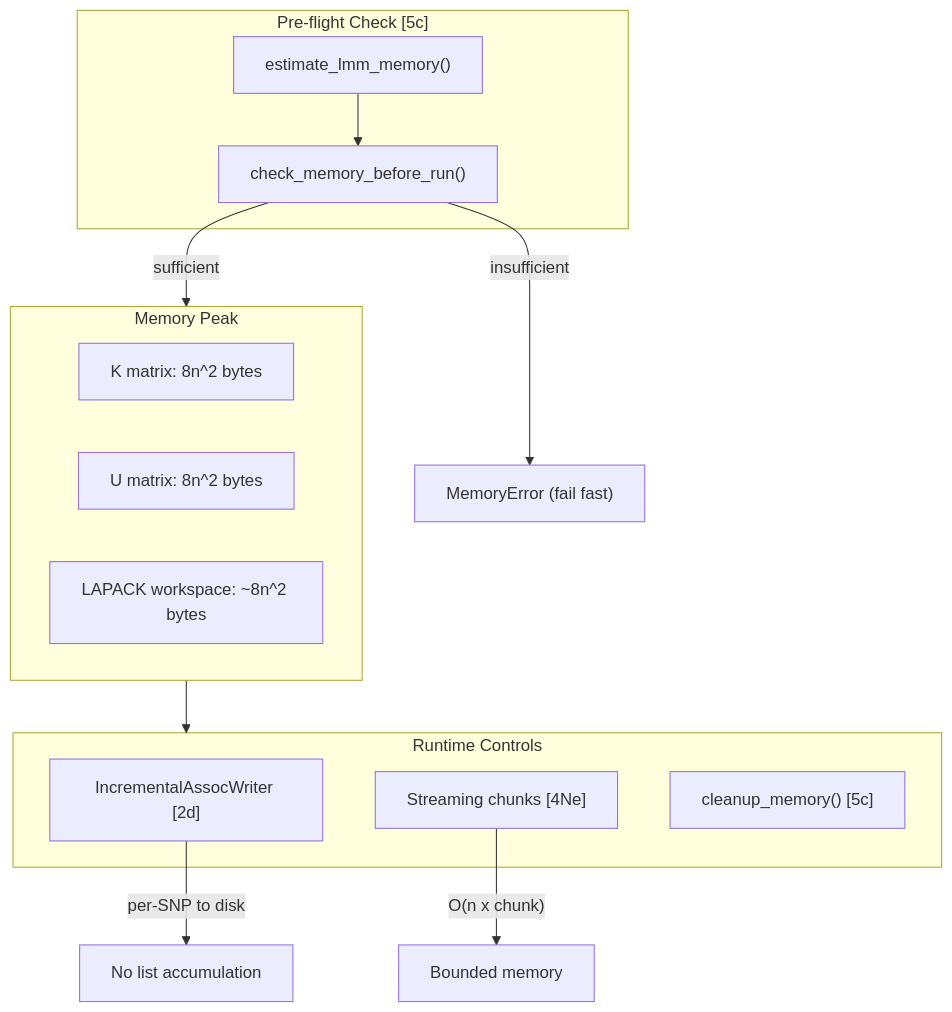
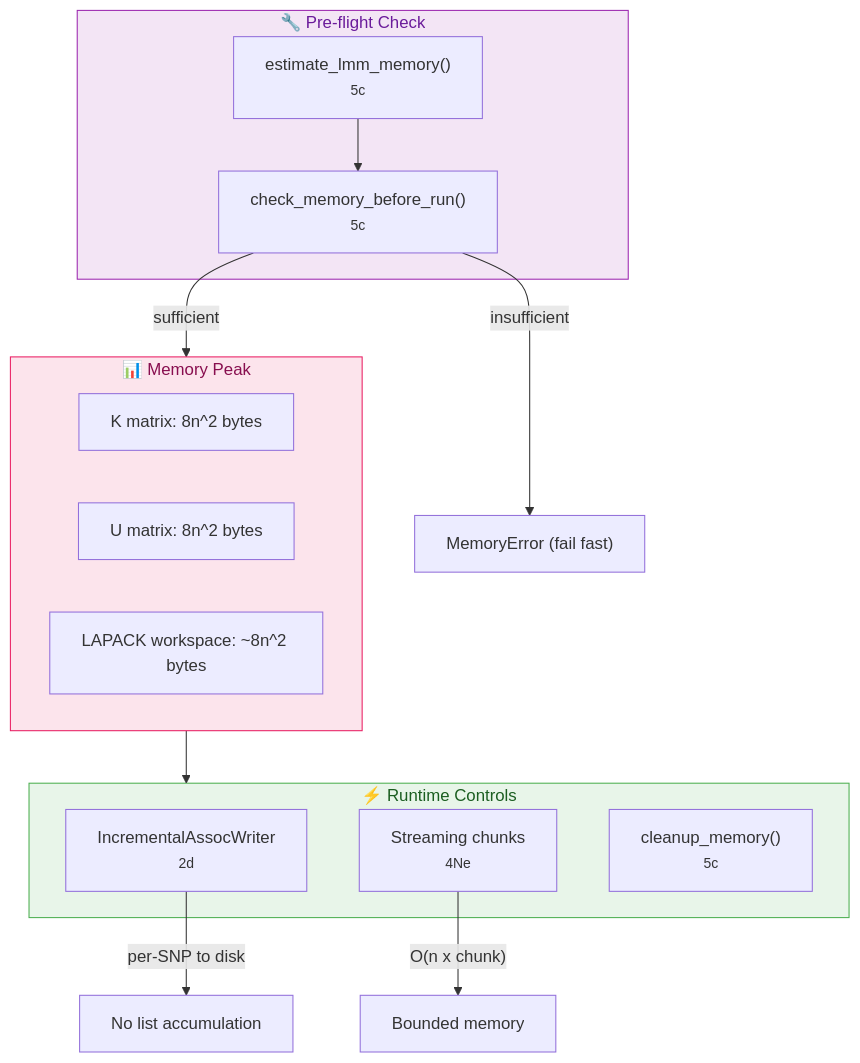
Before and after one commit to michael-denyer/jamma: the fourth of 5 diagrams in docs/CODEMAP.md, drawn with Mermaid. The commit also changed other lines of this file and 3 other files, not shown here.

````diff
--- a/docs/CODEMAP.md
+++ b/docs/CODEMAP.md
@@ -348,26 +384,30 @@
 ```mermaid
 flowchart TD
-    subgraph Preflight["Pre-flight Check [5c]"]
-        EST["estimate_lmm_memory()"]
-        CHK["check_memory_before_run()"]
+    subgraph Preflight["🔧 Pre-flight Check"]
+        EST["estimate_lmm_memory()<br/><small>5c</small>"]
+        CHK["check_memory_before_run()<br/><small>5c</small>"]
     end
 
-    subgraph Peak["Memory Peak"]
+    subgraph Peak["📊 Memory Peak"]
         KM["K matrix: 8n^2 bytes"]
         UM["U matrix: 8n^2 bytes"]
         WS["LAPACK workspace: ~8n^2 bytes"]
     end
 
-    subgraph Runtime["Runtime Controls"]
-        INC["IncrementalAssocWriter [2d]"]
-        STR["Streaming chunks [4Ne]"]
-        CLN["cleanup_memory() [5c]"]
+    subgraph Runtime["⚡ Runtime Controls"]
+        INC["IncrementalAssocWriter<br/><small>2d</small>"]
+        STR["Streaming chunks<br/><small>4Ne</small>"]
+        CLN["cleanup_memory()<br/><small>5c</small>"]
     end
 
     EST --> CHK
     CHK -->|"insufficient"| FAIL["MemoryError (fail fast)"]
     CHK -->|"sufficient"| Peak
     Peak --> Runtime
     INC -->|"per-SNP to disk"| DISK["No list accumulation"]
     STR -->|"O(n x chunk)"| LOW["Bounded memory"]
+
+    style Preflight fill:#f3e5f5,stroke:#9c27b0,color:#6a1b9a
+    style Peak fill:#fce4ec,stroke:#e91e63,color:#880e4f
+    style Runtime fill:#e8f5e9,stroke:#4caf50,color:#1b5e20
 ```
````
